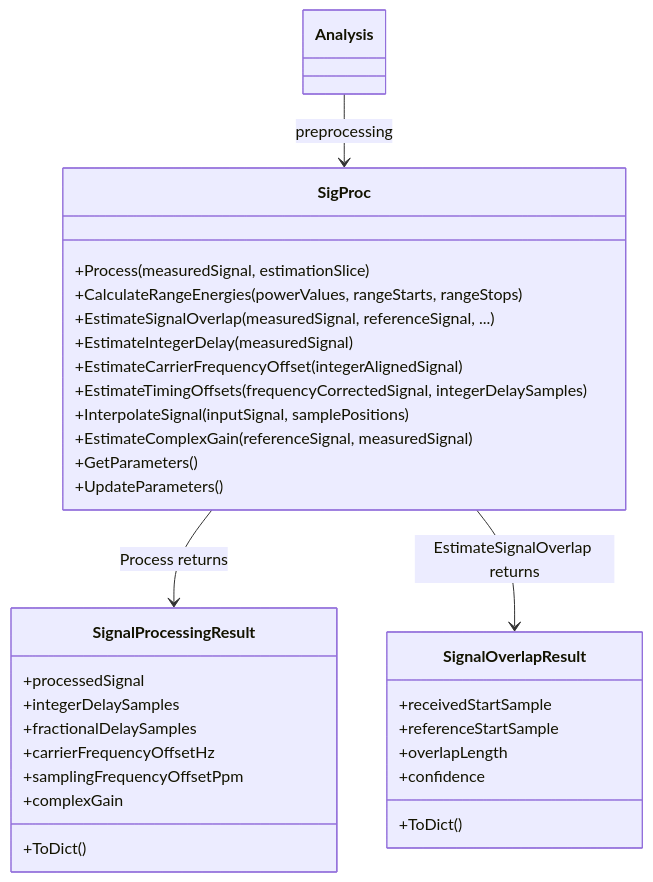
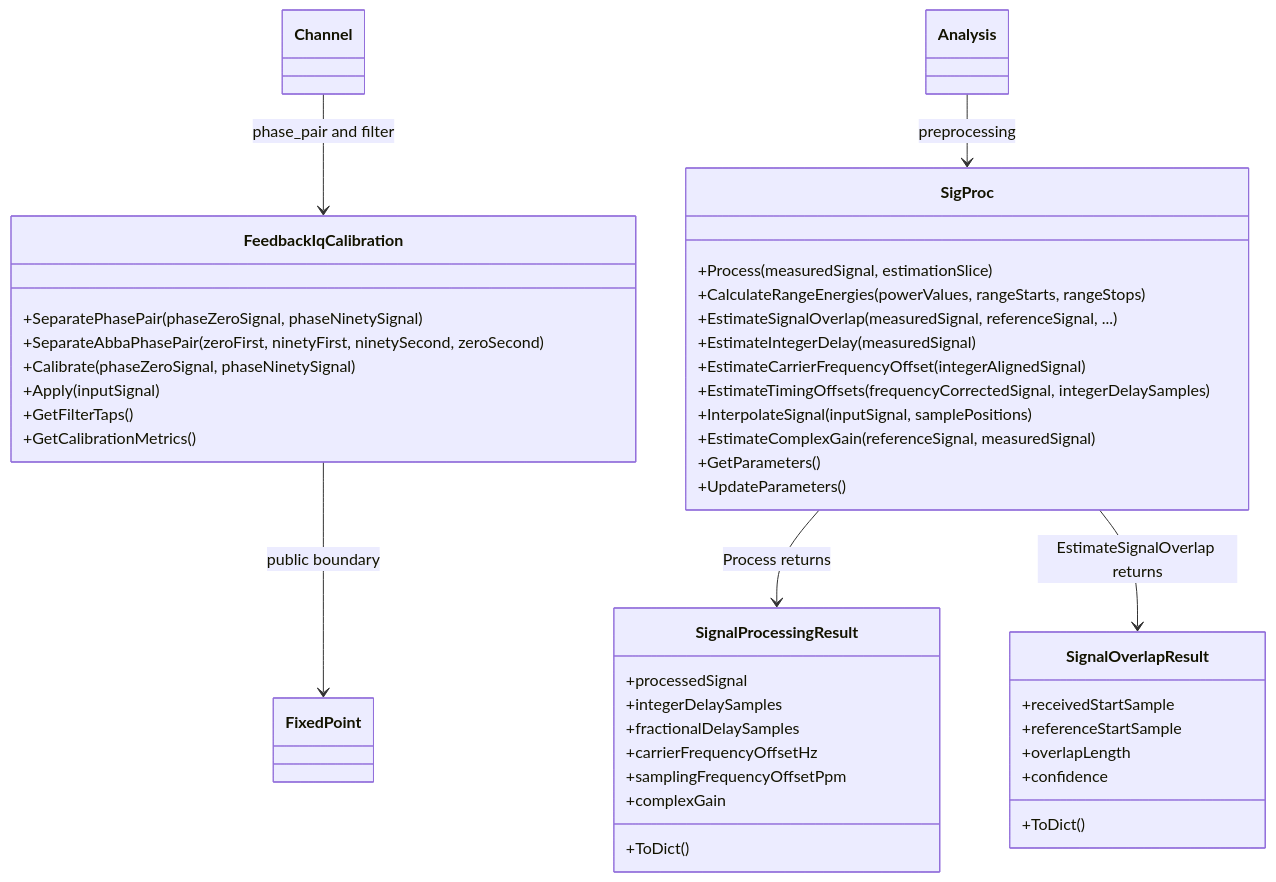
Before and after one commit to niyilu45/DPD_ILC: the third of 7 diagrams in doc/SigProc.md, drawn with Mermaid. The commit also changed other lines of this file and 7 other files, not shown here.

Commit message:
Add phase-pair feedback IQ calibration

````diff
--- a/doc/SigProc.md
+++ b/doc/SigProc.md
@@ -378,34 +378,44 @@
 ```mermaid
 classDiagram
     class SigProc {
         +Process(measuredSignal, estimationSlice)
         +CalculateRangeEnergies(powerValues, rangeStarts, rangeStops)
         +EstimateSignalOverlap(measuredSignal, referenceSignal, ...)
         +EstimateIntegerDelay(measuredSignal)
         +EstimateCarrierFrequencyOffset(integerAlignedSignal)
         +EstimateTimingOffsets(frequencyCorrectedSignal, integerDelaySamples)
         +InterpolateSignal(inputSignal, samplePositions)
         +EstimateComplexGain(referenceSignal, measuredSignal)
         +GetParameters()
         +UpdateParameters()
     }
     class SignalProcessingResult {
         +processedSignal
         +integerDelaySamples
         +fractionalDelaySamples
         +carrierFrequencyOffsetHz
         +samplingFrequencyOffsetPpm
         +complexGain
         +ToDict()
     }
     class SignalOverlapResult {
         +receivedStartSample
         +referenceStartSample
         +overlapLength
         +confidence
         +ToDict()
     }
+    class FeedbackIqCalibration {
+        +SeparatePhasePair(phaseZeroSignal, phaseNinetySignal)
+        +SeparateAbbaPhasePair(zeroFirst, ninetyFirst, ninetySecond, zeroSecond)
+        +Calibrate(phaseZeroSignal, phaseNinetySignal)
+        +Apply(inputSignal)
+        +GetFilterTaps()
+        +GetCalibrationMetrics()
+    }
     SigProc --> SignalProcessingResult : Process returns
     SigProc --> SignalOverlapResult : EstimateSignalOverlap returns
+    FeedbackIqCalibration --> FixedPoint : public boundary
+    Channel --> FeedbackIqCalibration : phase_pair and filter
     Analysis --> SigProc : preprocessing
 ```
````
